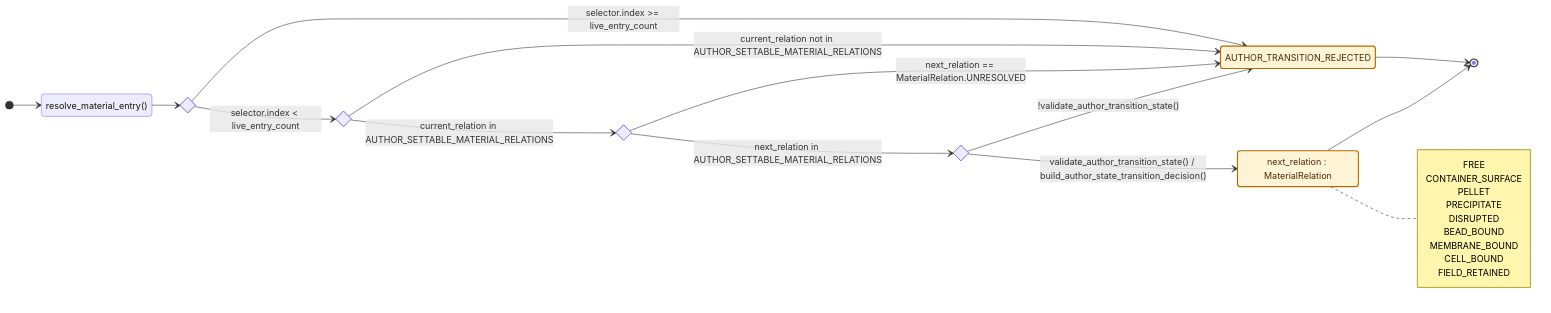
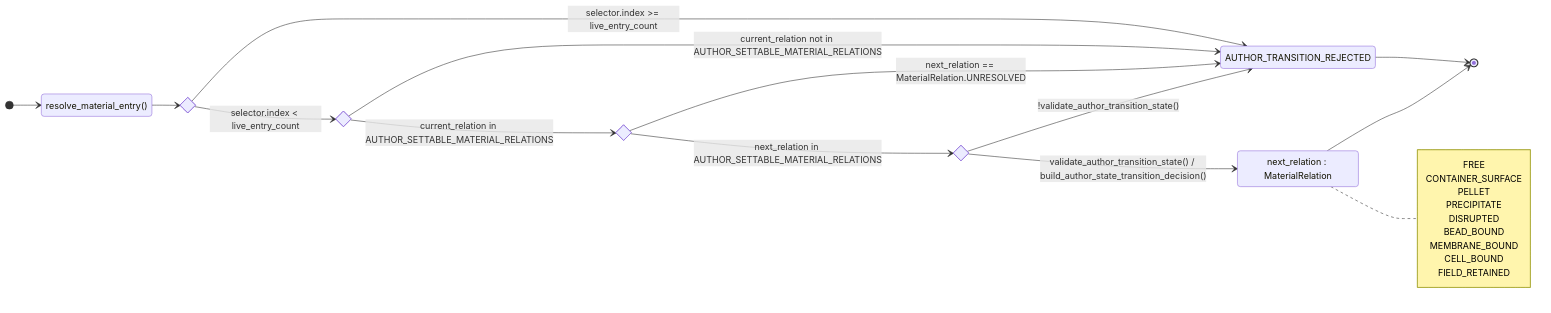
One commit to culsma/culsma changed the sixth of 9 diagrams in docs/architecture/scientific_model_module_diagrams.md. Above: the diagram before and after it, drawn with Mermaid. The commit also changed other lines of this file and 15 other files, not shown here.

````diff
--- a/docs/architecture/scientific_model_module_diagrams.md
+++ b/docs/architecture/scientific_model_module_diagrams.md
@@ -242,40 +391,38 @@
 ```mermaid
 stateDiagram-v2
     direction LR
 
     state "resolve_material_entry()" as ResolveCurrentRelation
     state "next_relation : MaterialRelation" as NextRelation
     state "AUTHOR_TRANSITION_REJECTED" as Rejected
     state IndexInRange <<choice>>
     state CurrentEnumDefined <<choice>>
     state TargetEnumDefined <<choice>>
     state TargetShapeValid <<choice>>
 
     [*] --> ResolveCurrentRelation
     ResolveCurrentRelation --> IndexInRange
     IndexInRange --> Rejected : selector.index >= live_entry_count
     IndexInRange --> CurrentEnumDefined : selector.index < live_entry_count
     CurrentEnumDefined --> Rejected : current_relation not in AUTHOR_SETTABLE_MATERIAL_RELATIONS
     CurrentEnumDefined --> TargetEnumDefined : current_relation in AUTHOR_SETTABLE_MATERIAL_RELATIONS
     TargetEnumDefined --> Rejected : next_relation == MaterialRelation.UNRESOLVED
     TargetEnumDefined --> TargetShapeValid : next_relation in AUTHOR_SETTABLE_MATERIAL_RELATIONS
     TargetShapeValid --> Rejected : !validate_author_transition_state()
     TargetShapeValid --> NextRelation : validate_author_transition_state() / build_author_state_transition_decision()
     NextRelation --> [*]
     Rejected --> [*]
 
     note right of NextRelation
         FREE
         CONTAINER_SURFACE
         PELLET
         PRECIPITATE
         DISRUPTED
         BEAD_BOUND
         MEMBRANE_BOUND
         CELL_BOUND
         FIELD_RETAINED
     end note
 
-    classDef pm99 fill:#fff4d6,stroke:#b36b00,stroke-width:2px,color:#4a2b00
-    class NextRelation,Rejected pm99
 ```
````
